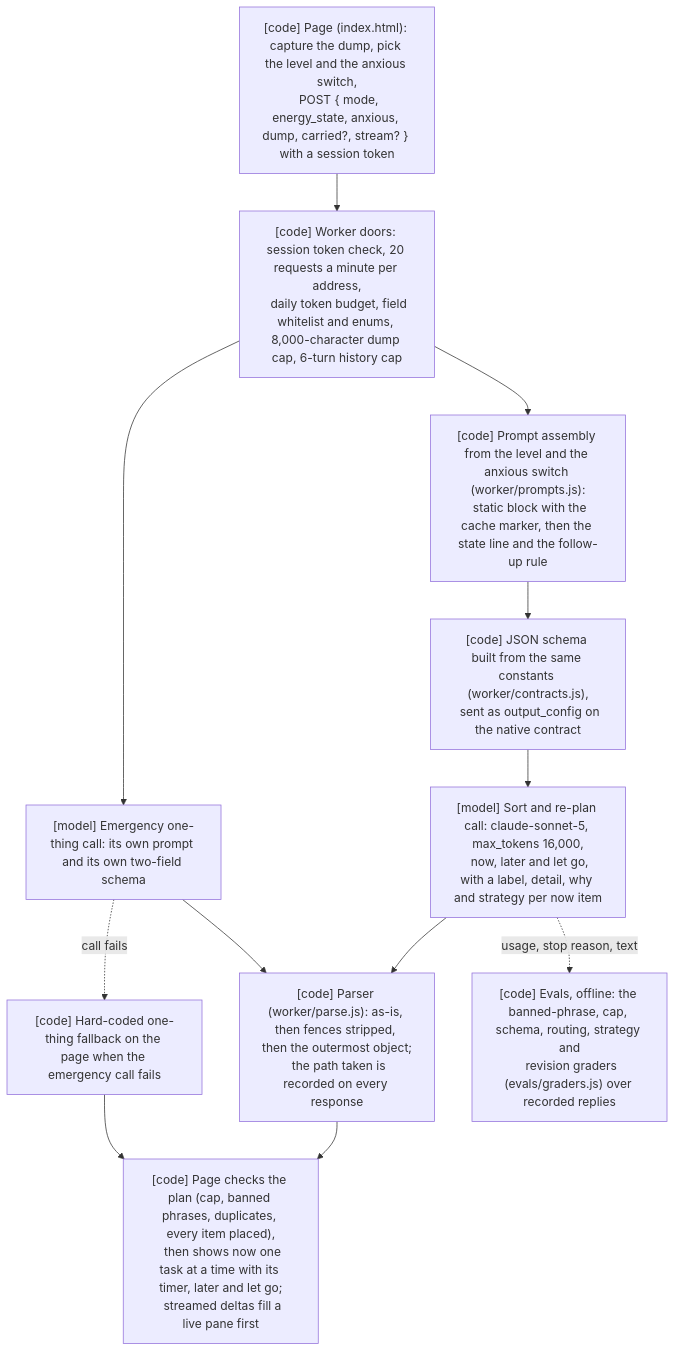
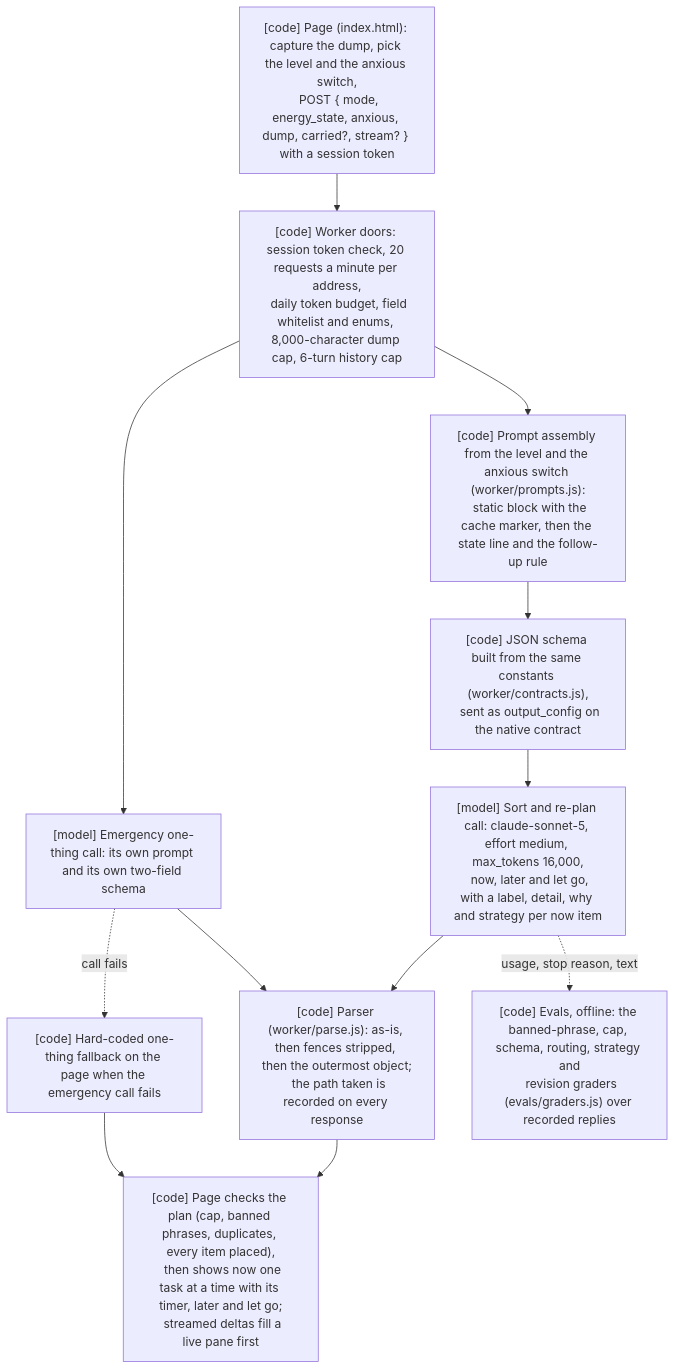
Before and after one commit to SamieVargas/brain-dump: the diagram in README.md, drawn with Mermaid. The commit also changed other lines of this file and 19 other files, not shown here.

First line of the commit message:
Faster sorts: effort setting, a loader that shows the first task early, sort@v4

````diff
--- a/README.md
+++ b/README.md
@@ -19,26 +19,26 @@
 ```mermaid
 flowchart TD
   P["[code] Page (index.html): capture the dump, pick the level and the anxious switch,
   POST { mode, energy_state, anxious, dump, carried?, stream? } with a session token"]
   D["[code] Worker doors: session token check, 20 requests a minute per address,
   daily token budget, field whitelist and enums, 8,000-character dump cap, 6-turn history cap"]
   A["[code] Prompt assembly from the level and the anxious switch (worker/prompts.js):
   static block with the cache marker, then the state line and the follow-up rule"]
   S["[code] JSON schema built from the same constants (worker/contracts.js),
   sent as output_config on the native contract"]
-  M["[model] Sort and re-plan call: claude-sonnet-5, max_tokens 16,000,
+  M["[model] Sort and re-plan call: claude-sonnet-5, effort medium, max_tokens 16,000,
   now, later and let go, with a label, detail, why and strategy per now item"]
   E["[model] Emergency one-thing call: its own prompt and its own two-field schema"]
   X["[code] Parser (worker/parse.js): as-is, then fences stripped, then the outermost object;
   the path taken is recorded on every response"]
   F["[code] Hard-coded one-thing fallback on the page when the emergency call fails"]
   R["[code] Page checks the plan (cap, banned phrases, duplicates, every item placed),
   then shows now one task at a time with its timer, later and let go;
   streamed deltas fill a live pane first"]
   G["[code] Evals, offline: the banned-phrase, cap, schema, routing, strategy and
   revision graders (evals/graders.js) over recorded replies"]
   P --> D --> A --> S --> M --> X --> R
   D --> E --> X
   E -. call fails .-> F --> R
   M -. usage, stop reason, text .-> G
 ```
````
